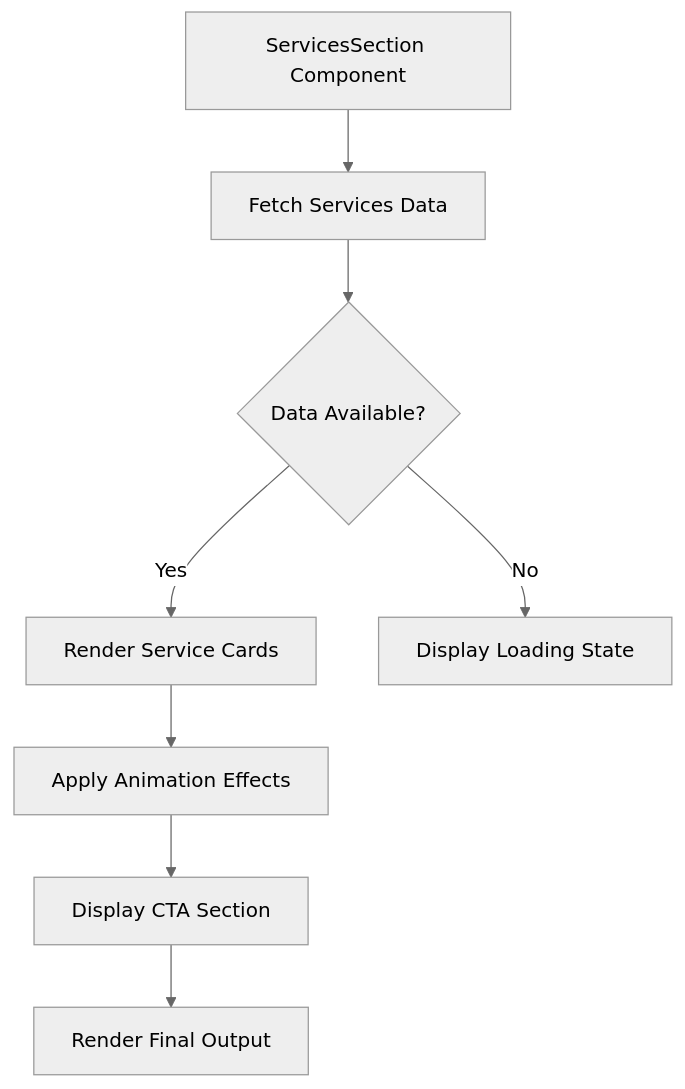
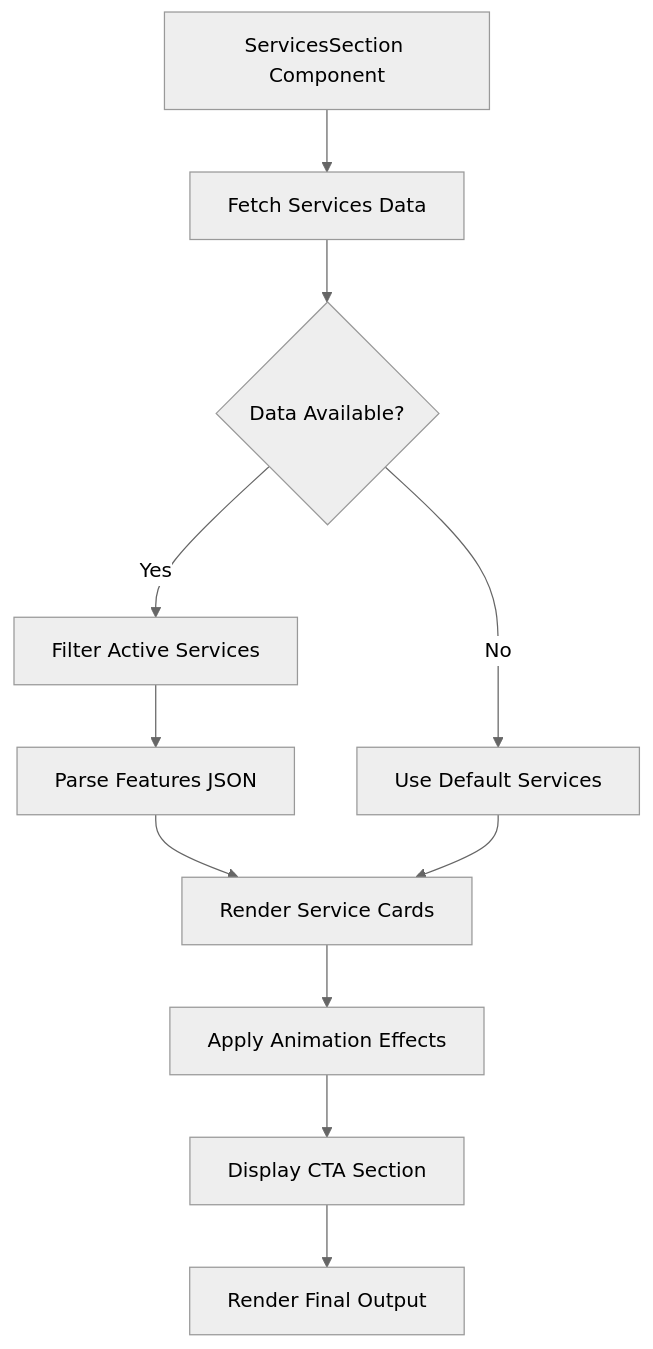
The second of 2 diagrams in .qoder/repowiki/en/content/Content Management System/Services Management.md (javacode1234/smmmTanitimBireysel02WithQoder), drawn with Mermaid (neutral theme) before and after one commit. The commit also changed other lines of this file and 6 other files, not shown here.

````diff
--- a/.qoder/repowiki/en/content/Content Management System/Services Management.md
+++ b/.qoder/repowiki/en/content/Content Management System/Services Management.md
@@ -78,10 +120,13 @@
 ```mermaid
 flowchart TD
 A[ServicesSection Component] --> B[Fetch Services Data]
 B --> C{Data Available?}
-C --> |Yes| D[Render Service Cards]
-C --> |No| E[Display Loading State]
-D --> F[Apply Animation Effects]
-F --> G[Display CTA Section]
-G --> H[Render Final Output]
+C --> |Yes| D[Filter Active Services]
+D --> E[Parse Features JSON]
+E --> F[Render Service Cards]
+C --> |No| G[Use Default Services]
+G --> F
+F --> H[Apply Animation Effects]
+H --> I[Display CTA Section]
+I --> J[Render Final Output]
 ```
````
